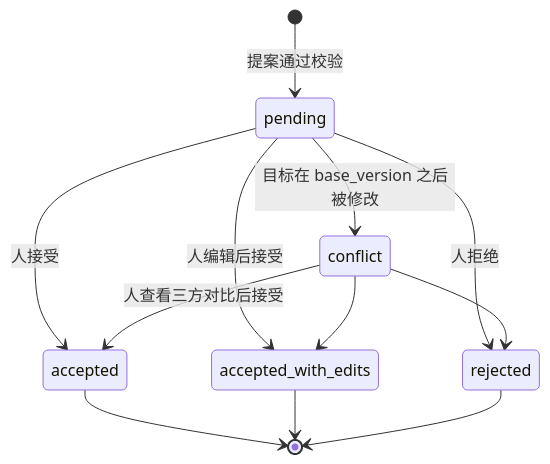
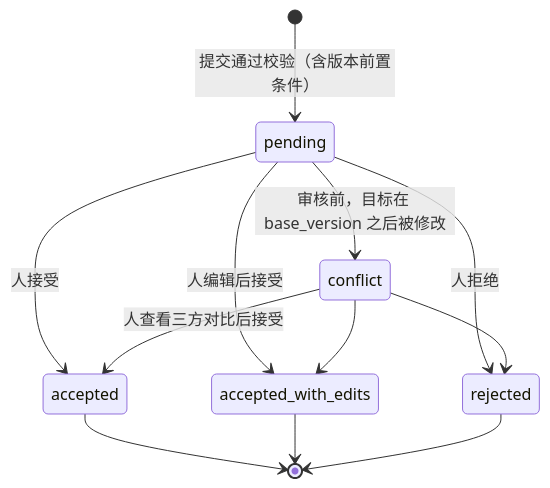
Before and after one commit to XKHoshizora/specmetry: the third of 6 diagrams in docs/data-model.md, drawn with Mermaid. The commit also changed other lines of this file and 46 other files, not shown here.

````diff
--- a/docs/data-model.md
+++ b/docs/data-model.md
@@ -328,14 +416,14 @@
 ```mermaid
 stateDiagram-v2
-    [*] --> pending : 提案通过校验
-    pending --> conflict : 目标在 base_version 之后被修改
+    [*] --> pending : 提交通过校验（含版本前置条件）
+    pending --> conflict : 审核前，目标在 base_version 之后被修改
     pending --> accepted : 人接受
     pending --> accepted_with_edits : 人编辑后接受
     pending --> rejected : 人拒绝
     conflict --> accepted : 人查看三方对比后接受
     conflict --> accepted_with_edits
     conflict --> rejected
     accepted --> [*]
     accepted_with_edits --> [*]
     rejected --> [*]
 ```
````
